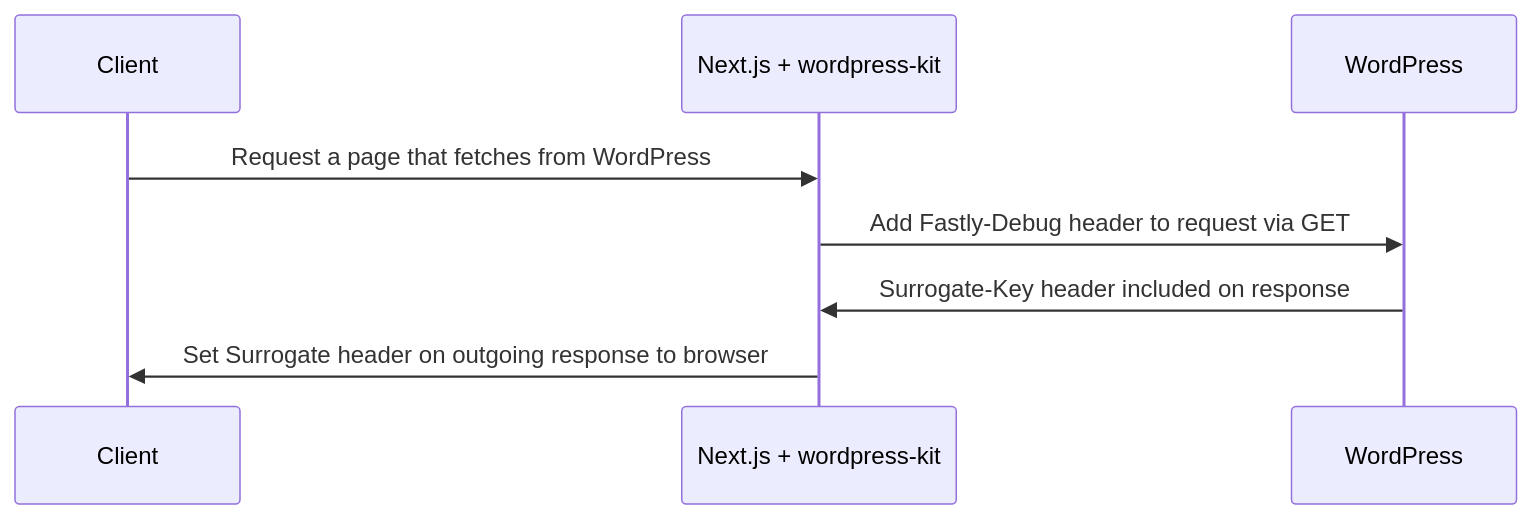
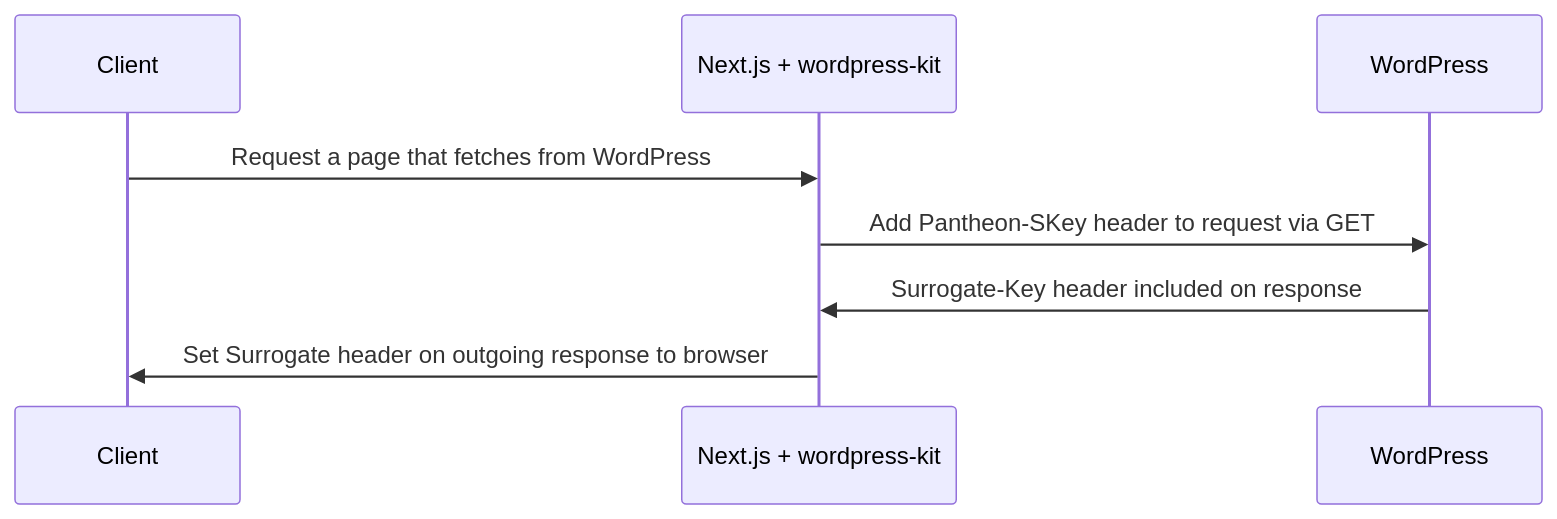
One commit to pantheon-systems/decoupled-kit-js changed the diagram in web/docs/Frontend Starters/Next.js/Next.js + WordPress/surrogate-key-based-caching.md. Above: the diagram before and after it, drawn with Mermaid. The commit also changed other lines of this file and 6 other files, not shown here.

Commit message:
DB-6775: Use Pantheon-SKey to obtain surrogate key header

````diff
--- a/web/docs/Frontend Starters/Next.js/Next.js + WordPress/surrogate-key-based-caching.md
+++ b/web/docs/Frontend Starters/Next.js/Next.js + WordPress/surrogate-key-based-caching.md
@@ -25,10 +32,10 @@
 ```mermaid
 sequenceDiagram
 	participant A as Client
     participant B as Next.js + wordpress-kit
     participant C as WordPress
     A->>B: Request a page that fetches from WordPress
-    B->>C: Add Fastly-Debug header to request via GET
+    B->>C: Add Pantheon-SKey header to request via GET
     C->>B: Surrogate-Key header included on response
     B->>A: Set Surrogate header on outgoing response to browser
 ```
````
